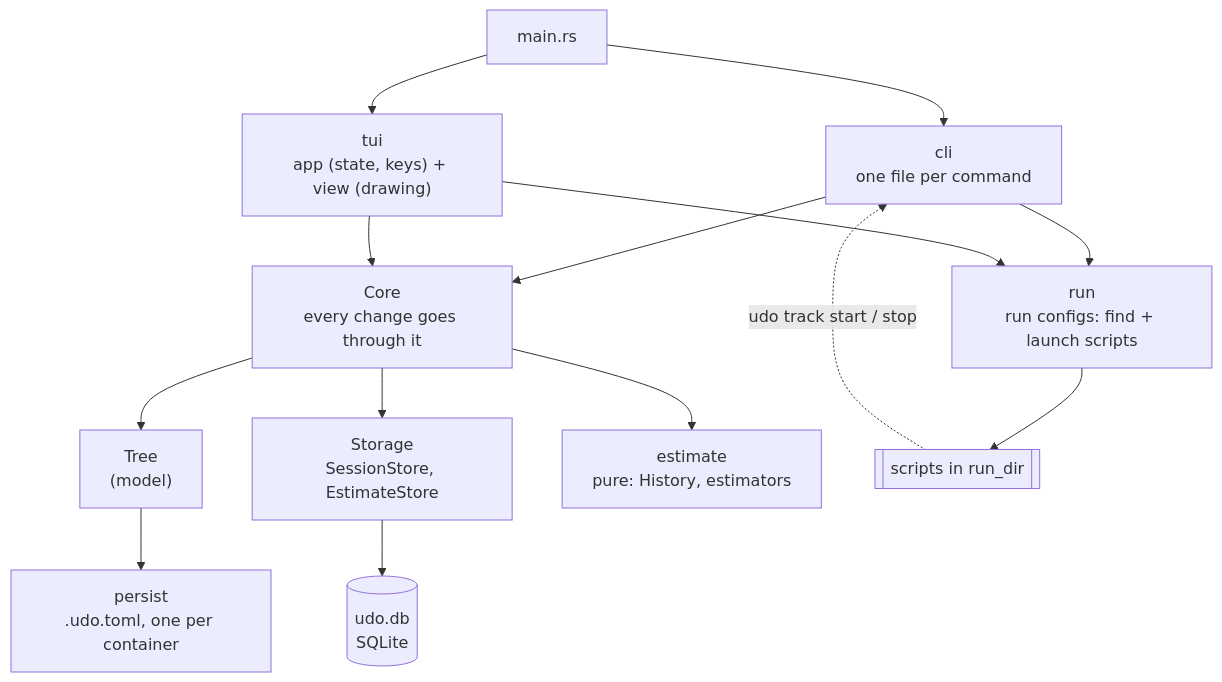
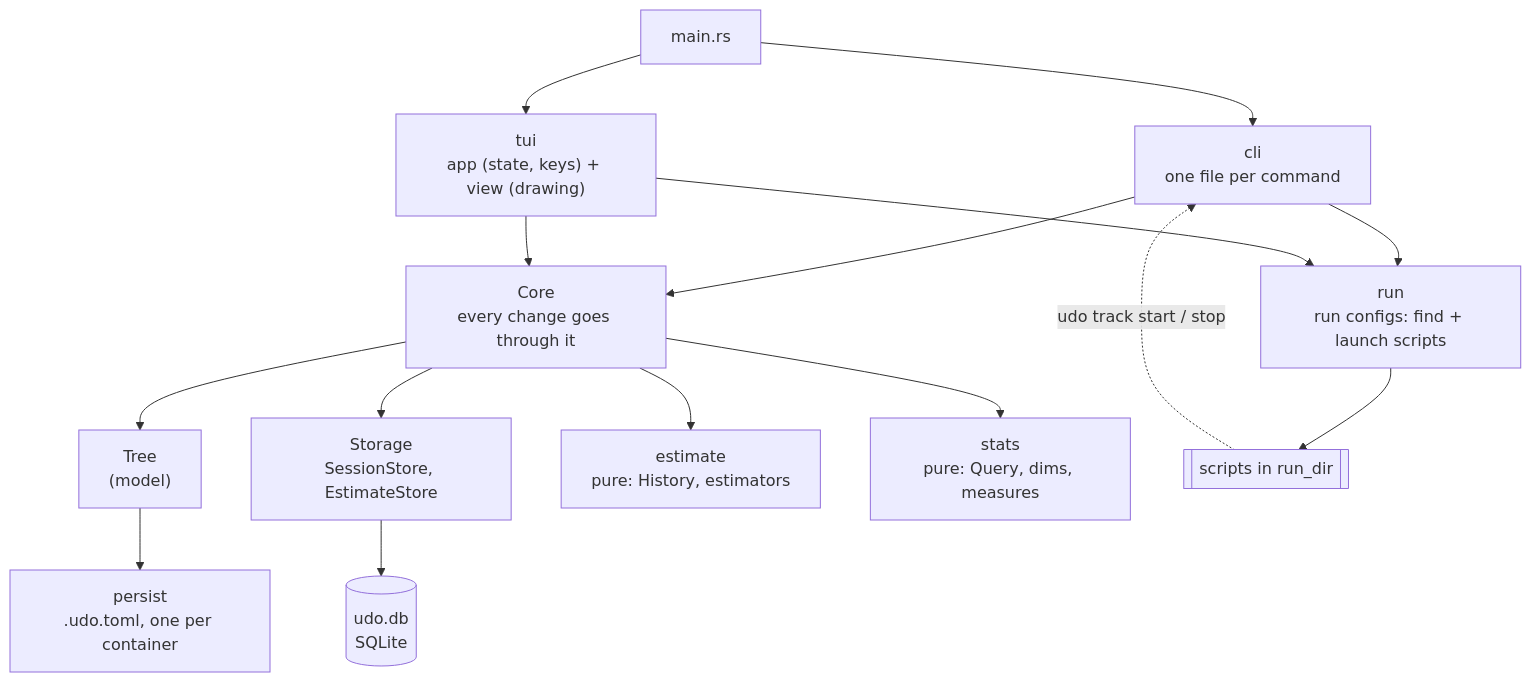
Before and after one commit to jqyDee/udo: the diagram in docs/architecture/README.md, drawn with Mermaid. The commit also changed other lines of this file and 2 other files, not shown here.

Commit message:
docs: udo stats and the stats engine (#10)

````diff
--- a/docs/architecture/README.md
+++ b/docs/architecture/README.md
@@ -17,16 +17,17 @@
 ```mermaid
 flowchart TD
     main["main.rs"] --> cli["cli<br/>one file per command"]
     main --> tui["tui<br/>app (state, keys) + view (drawing)"]
     cli --> core
     tui --> core
     cli --> run
     tui --> run
     core["Core<br/>every change goes through it"] --> tree["Tree<br/>(model)"]
     core --> storage["Storage<br/>SessionStore, EstimateStore"]
     core --> estimate["estimate<br/>pure: History, estimators"]
+    core --> stats["stats<br/>pure: Query, dims, measures"]
     tree --> persist["persist<br/>.udo.toml, one per container"]
     storage --> db[("udo.db<br/>SQLite")]
     run["run<br/>run configs: find + launch scripts"] --> scripts[["scripts in run_dir"]]
     scripts -. "udo track start / stop" .-> cli
 ```
````
